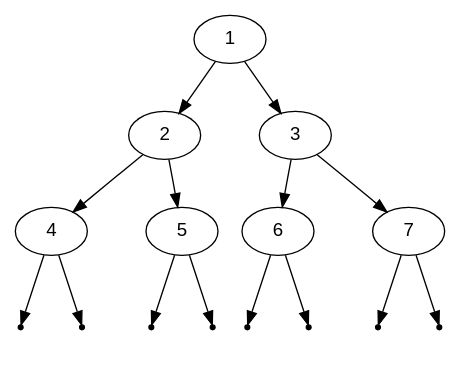
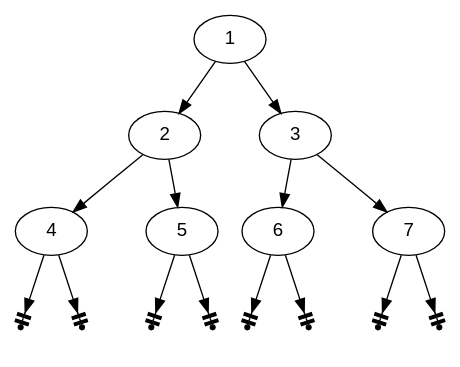
The diagram in slides/graphs/bst-4.dot (aaronbloomfield/pdr), drawn with Graphviz before and after one commit. The commit also changed 26 other files, not shown here.

```diff
--- a/slides/graphs/bst-4.dot
+++ b/slides/graphs/bst-4.dot
@@ -1,55 +1,55 @@
 digraph G {
 	graph [fontname = "Helvetica"];
 	node [fontname = "Helvetica"];
 	edge [fontname = "Helvetica"];
 
 	1 -> 2;
 	m1 [label="", width=0.1, style=invis];
 	1 -> m1 [style=invis];
 	1 -> 3;
 	{rank=same 2 -> m1 -> 3 [style=invis]};
 
 	2 -> 4;
 	m2 [label="", width=0.1, style=invis];
 	2 -> m2 [style=invis];
 	2 -> 5;
 	{rank=same 4 -> m2 -> 5 [style=invis]};
 
 	3 -> 6;
 	m3 [label="", width=0.1, style=invis];
 	3 -> m3 [style=invis];
 	3 -> 7;
 	{rank=same 6 -> m3 -> 7 [style=invis]};
 
 	l4 [shape=point];
-	4 -> l4;
+	4 -> l4 [arrowhead=teeteenormal];
 	m4 [label="", width=0.1, style=invis];
 	4 -> m4 [style=invis];
 	r4 [shape=point];
-	4 -> r4;
+	4 -> r4 [arrowhead=teeteenormal];
 	{rank=same l4 -> m4 -> r4 [style=invis]};
 
 	l5 [shape=point];
-	5 -> l5;
+	5 -> l5 [arrowhead=teeteenormal];
 	m5 [label="", width=0.1, style=invis];
 	5 -> m5 [style=invis];
 	r5 [shape=point];
-	5 -> r5;
+	5 -> r5 [arrowhead=teeteenormal];
 	{rank=same l5 -> m5 -> r5 [style=invis]};
 
 	l6 [shape=point];
-	6 -> l6;
+	6 -> l6 [arrowhead=teeteenormal];
 	m6 [label="", width=0.1, style=invis];
 	6 -> m6 [style=invis];
 	r6 [shape=point];
-	6 -> r6;
+	6 -> r6 [arrowhead=teeteenormal];
 	{rank=same l6 -> m6 -> r6 [style=invis]};
 
 	l7 [shape=point];
-	7 -> l7;
+	7 -> l7 [arrowhead=teeteenormal];
 	m7 [label="", width=0.1, style=invis];
 	7 -> m7 [style=invis];
 	r7 [shape=point];
-	7 -> r7;
+	7 -> r7 [arrowhead=teeteenormal];
 	{rank=same l7 -> m7 -> r7 [style=invis]};
 }
```
